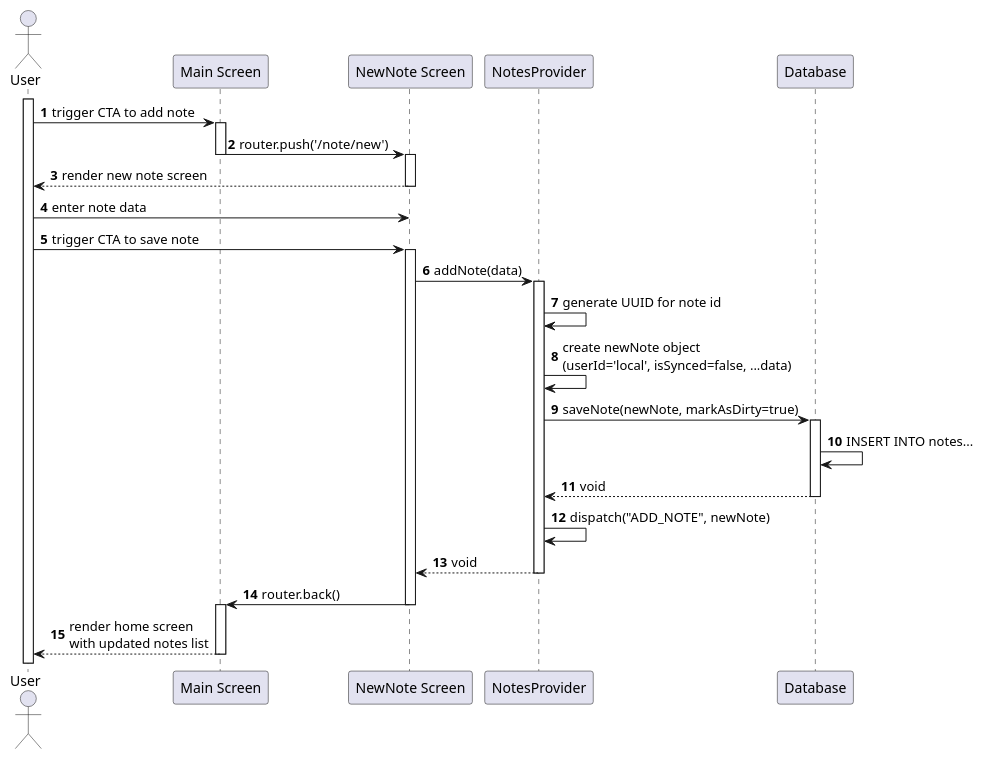
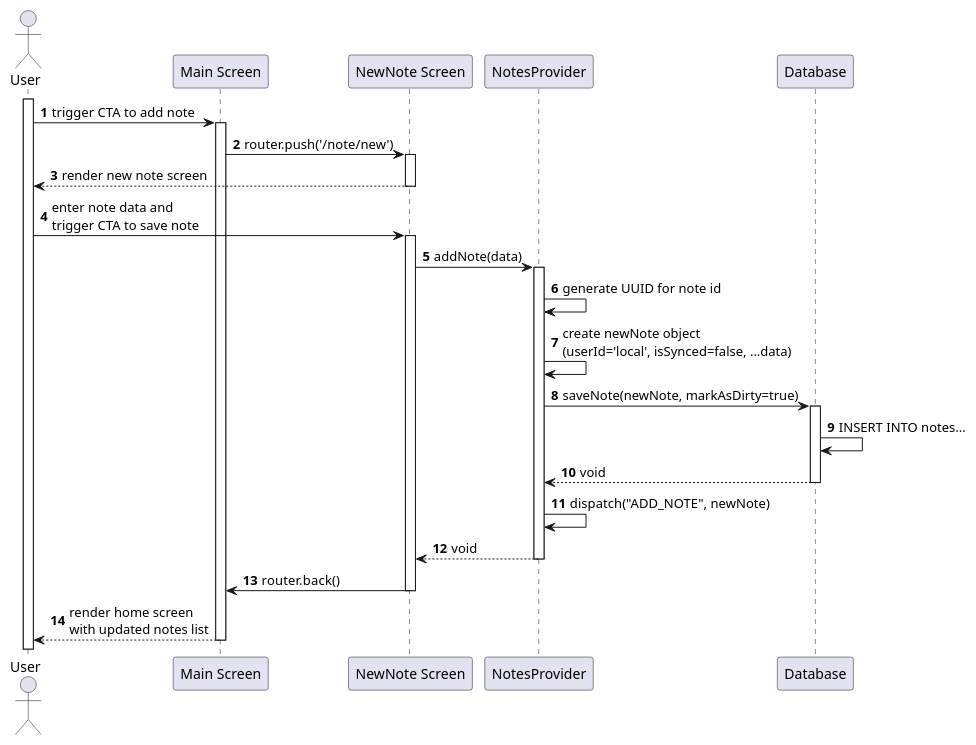
The diagram in docs/UC03/puml/SD.puml (isneru/DSSMV_ProjectReact_1240567_1241692), drawn with PlantUML before and after one commit. The commit also changed 11 other files, not shown here.

Commit message:
diagrams last touches

```diff
--- a/docs/UC03/puml/SD.puml
+++ b/docs/UC03/puml/SD.puml
@@ -1,44 +1,41 @@
 @startuml SD
 autonumber
 
 actor "User" as User
 participant "Main Screen" as Home
 participant "NewNote Screen" as UI
 participant "NotesProvider" as Context
 participant "Database" as DB
 
 activate User
 User -> Home : trigger CTA to add note
 activate Home
 Home -> UI : router.push('/note/new')
-deactivate Home
 activate UI
 UI --> User : render new note screen
 deactivate UI
 
-User -> UI : enter note data
-User -> UI : trigger CTA to save note
+User -> UI : enter note data and\ntrigger CTA to save note
 activate UI
 
 UI -> Context : addNote(data)
 activate Context
 
 Context -> Context : generate UUID for note id
 Context -> Context : create newNote object\n(userId='local', isSynced=false, ...data)
 
 Context -> DB : saveNote(newNote, markAsDirty=true)
 activate DB
 DB -> DB : INSERT INTO notes...
 DB --> Context : void
 deactivate DB
 
 Context -> Context : dispatch("ADD_NOTE", newNote)
 Context --> UI : void
 deactivate Context
 UI -> Home : router.back()
 deactivate UI
-activate Home
 Home --> User : render home screen\nwith updated notes list
 deactivate Home
 
 @enduml
```
